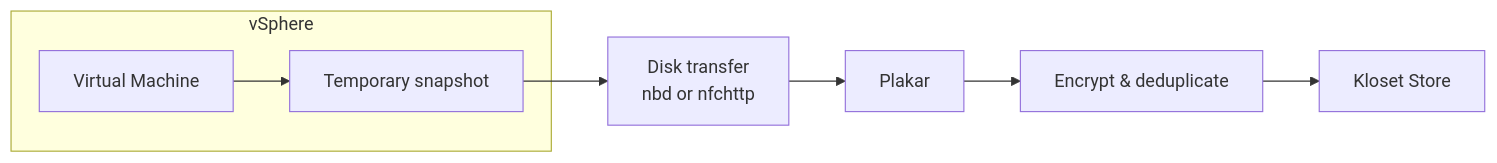
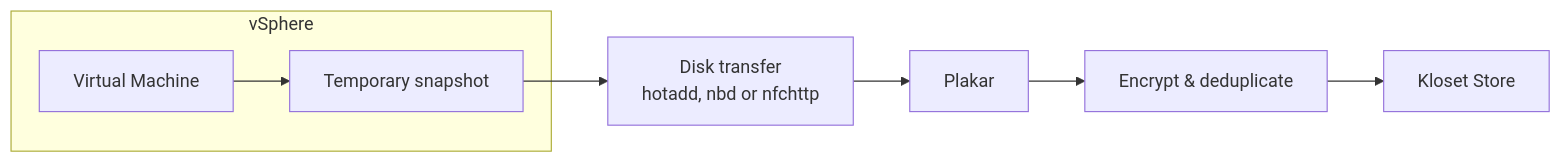
One commit to PlakarKorp/plakar.io changed the first of 2 diagrams in content/docs/community/main/integrations/vmware.md. Above: the diagram before and after it, drawn with Mermaid. The commit also changed other lines of this file and 2 other files, not shown here.

Commit message:
add `hotadd` transport protocal

```diff
--- a/content/docs/community/main/integrations/vmware.md
+++ b/content/docs/community/main/integrations/vmware.md
@@ -136,19 +155,19 @@
 {{< mermaid >}}
 flowchart LR
 
 subgraph Source["vSphere"]
   VM["Virtual Machine"]
   Snap["Temporary snapshot"]
   VM --> Snap
 end
 
-Via["Disk transfer<br/>nbd or nfchttp"]
+Via["Disk transfer<br/>hotadd, nbd or nfchttp"]
 
 Plakar["Plakar"]
 
 Transform["Encrypt & deduplicate"]
 
 Store["Kloset Store"]
 
 Snap --> Via --> Plakar --> Transform --> Store
 {{< /mermaid >}}
```
